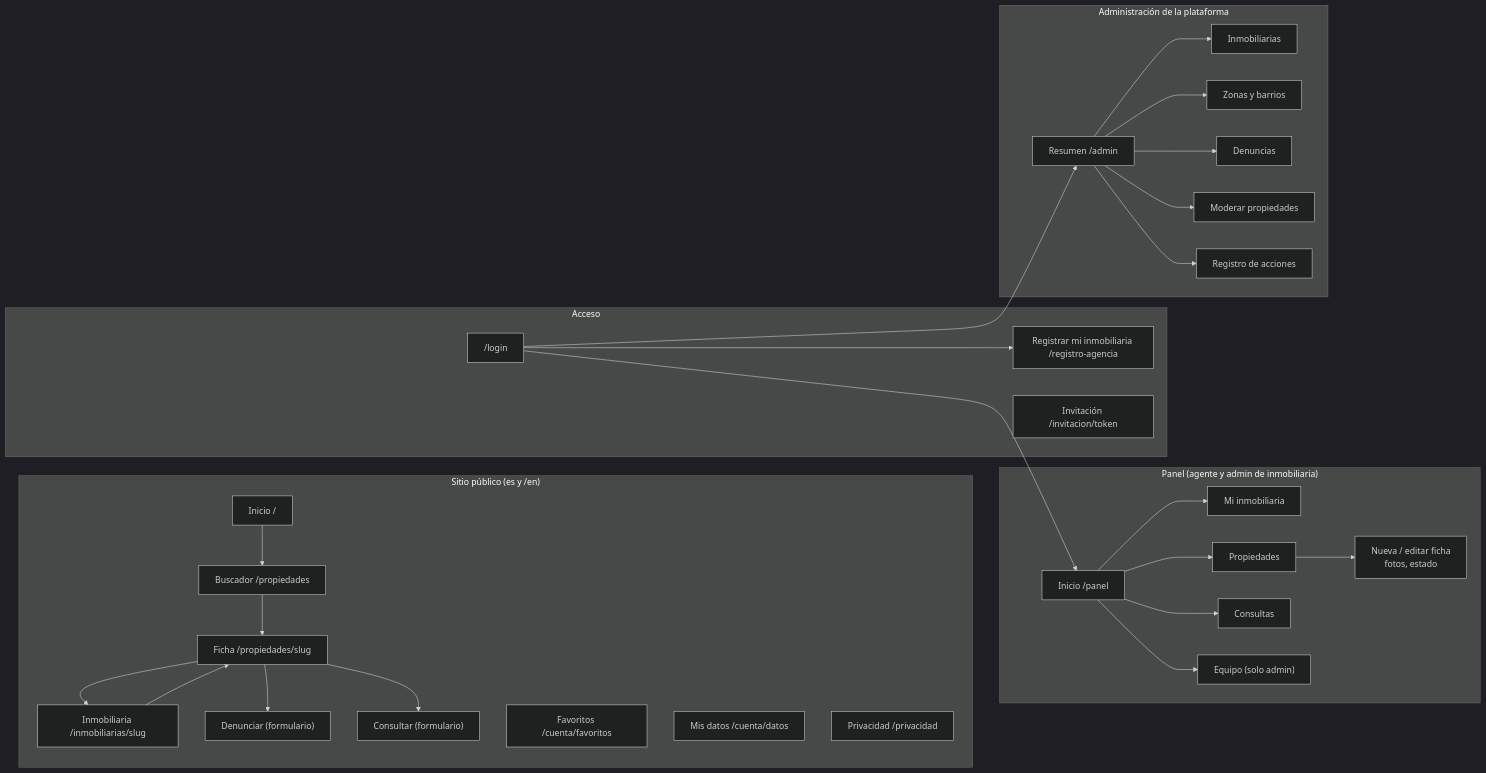
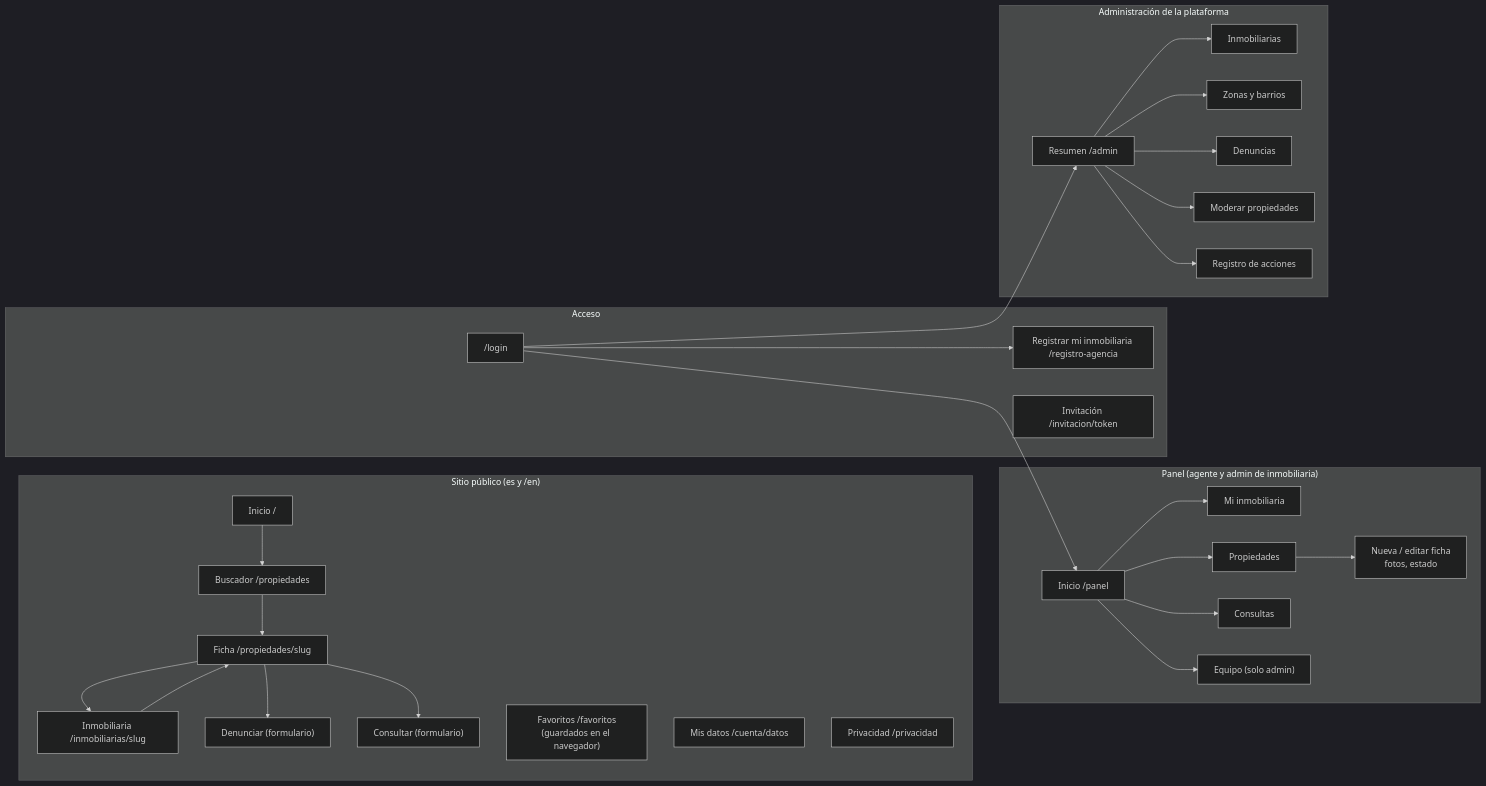
Before and after one commit to valeriadelrio/portal-inmobiliario: diagram 15 of 15 in docs/diagramas.md, drawn with Mermaid (dark theme). The commit also changed other lines of this file and 36 other files, not shown here.

First line of the commit message:
feat: cuentas solo para inmobiliarias y favoritos sin cuenta

````diff
--- a/docs/diagramas.md
+++ b/docs/diagramas.md
@@ -443,33 +432,33 @@
 ```mermaid
 flowchart LR
   subgraph publico["Sitio público (es y /en)"]
     home["Inicio /"] --> buscador["Buscador /propiedades"]
     buscador --> ficha["Ficha /propiedades/slug"]
     ficha --> agencia["Inmobiliaria /inmobiliarias/slug"]
     agencia --> ficha
     ficha --> denuncia["Denunciar (formulario)"]
     ficha --> consulta["Consultar (formulario)"]
-    fav["Favoritos /cuenta/favoritos"]
+    fav["Favoritos /favoritos<br/>(guardados en el navegador)"]
     datos["Mis datos /cuenta/datos"]
     priv["Privacidad /privacidad"]
   end
   subgraph acceso["Acceso"]
     login["/login"] --> reg["Registrar mi inmobiliaria /registro-agencia"]
     inv["Invitación /invitacion/token"]
   end
   subgraph panel["Panel (agente y admin de inmobiliaria)"]
     p0["Inicio /panel"] --> p1["Mi inmobiliaria"]
     p0 --> p2["Propiedades"] --> p2b["Nueva / editar ficha<br/>fotos, estado"]
     p0 --> p3["Consultas"]
     p0 --> p4["Equipo (solo admin)"]
   end
   subgraph admin["Administración de la plataforma"]
     a0["Resumen /admin"] --> a1["Inmobiliarias"]
     a0 --> a2["Zonas y barrios"]
     a0 --> a3["Denuncias"]
     a0 --> a4["Moderar propiedades"]
     a0 --> a5["Registro de acciones"]
   end
   login --> p0
   login --> a0
 ```
````
